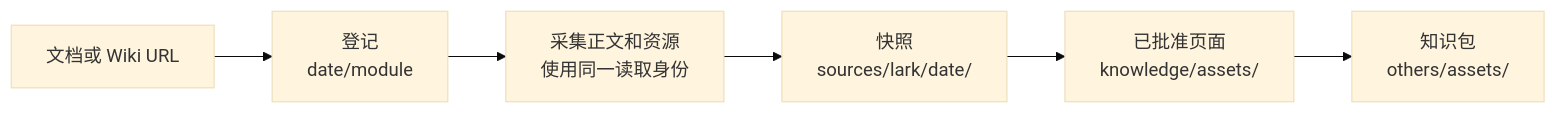
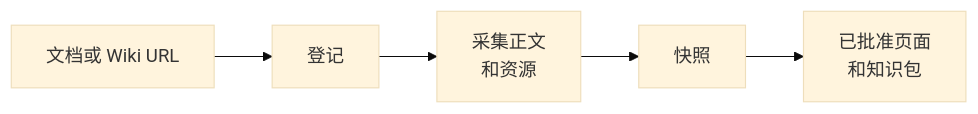
One commit to context4ai/portal changed the diagram in translations/zh-CN/sop/registering-sources/lark-documents.md. Above: the diagram before and after it, drawn with Mermaid (base theme). The commit also changed other lines of this file and 129 other files, not shown here.

````diff
--- a/translations/zh-CN/sop/registering-sources/lark-documents.md
+++ b/translations/zh-CN/sop/registering-sources/lark-documents.md
@@ -16,8 +16,7 @@
 ```mermaid
 flowchart LR
-  url["文档或 Wiki URL"] --> reg["登记<br/>date/module"]
-  reg --> cap["采集正文和资源<br/>使用同一读取身份"]
-  cap --> snap["快照<br/>sources/lark/date/"]
-  snap --> pages["已批准页面<br/>knowledge/assets/"]
-  pages --> pkg["知识包<br/>others/assets/"]
+  url["文档或 Wiki URL"] --> reg["登记"]
+  reg --> cap["采集正文<br/>和资源"]
+  cap --> snap["快照"]
+  snap --> pages["已批准页面<br/>和知识包"]
 ```
````
